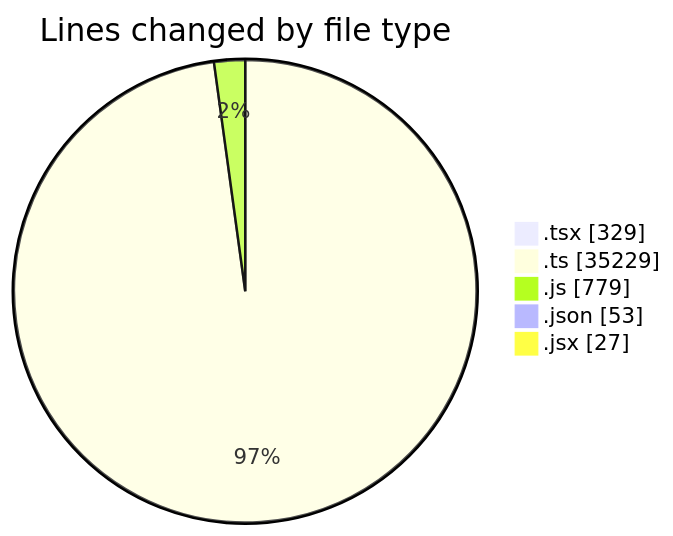
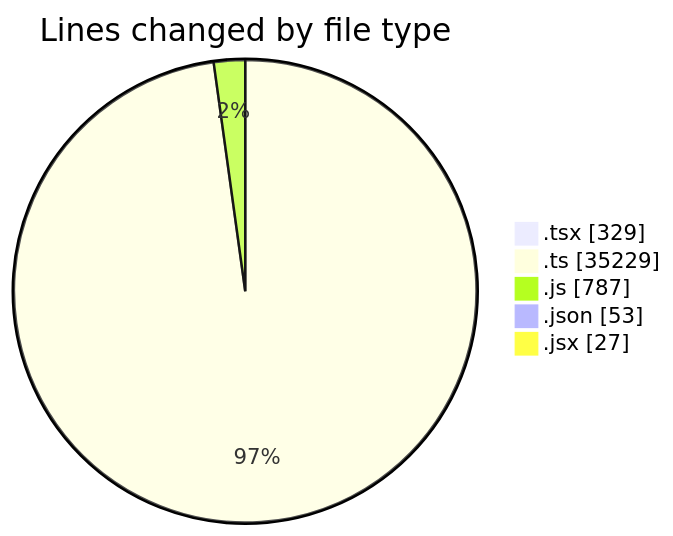
One commit to momahboobian/code-tracking changed the first of 2 diagrams in 2025-12-17/cda/README.md. Above: the diagram before and after it, drawn with Mermaid. The commit also changed other lines of this file and 1 other file, not shown here.

````diff
--- a/2025-12-17/cda/README.md
+++ b/2025-12-17/cda/README.md
@@ -41,9 +41,9 @@
 ```mermaid
 pie showData
 title Lines changed by file type
 ".tsx" : 329
 ".ts" : 35229
-".js" : 779
+".js" : 787
 ".json" : 53
 ".jsx" : 27
 ```
````
